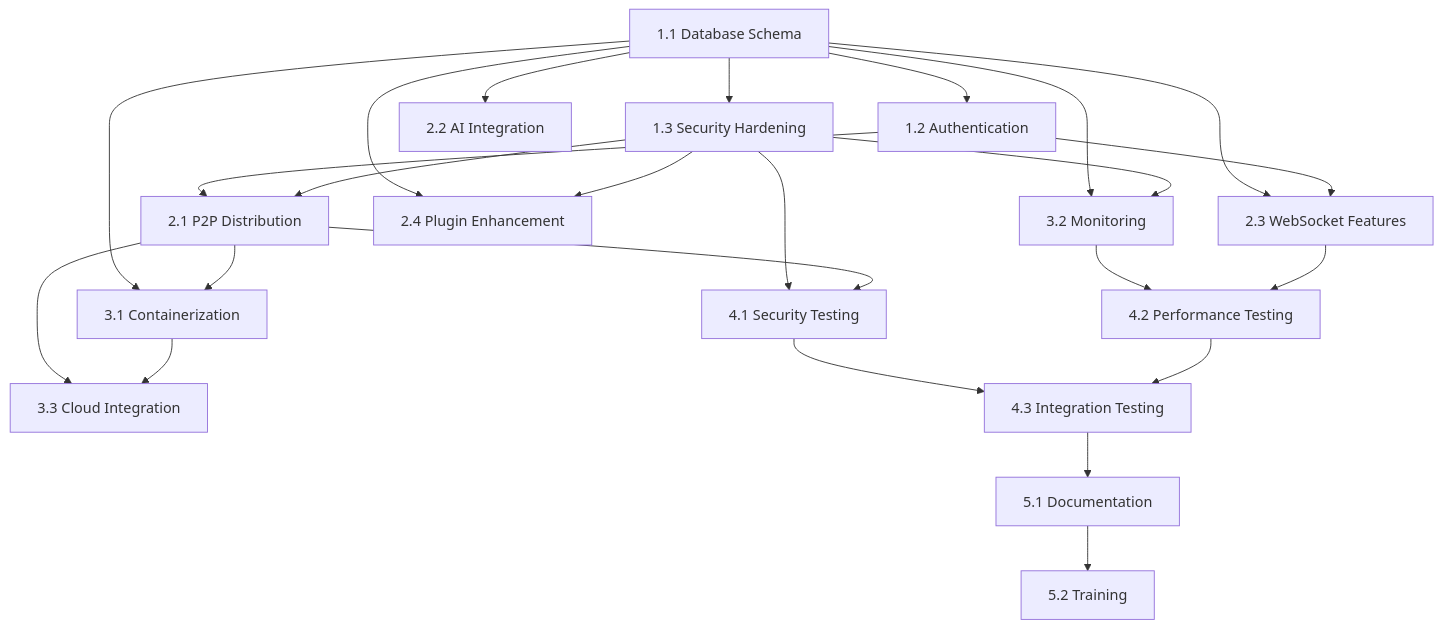
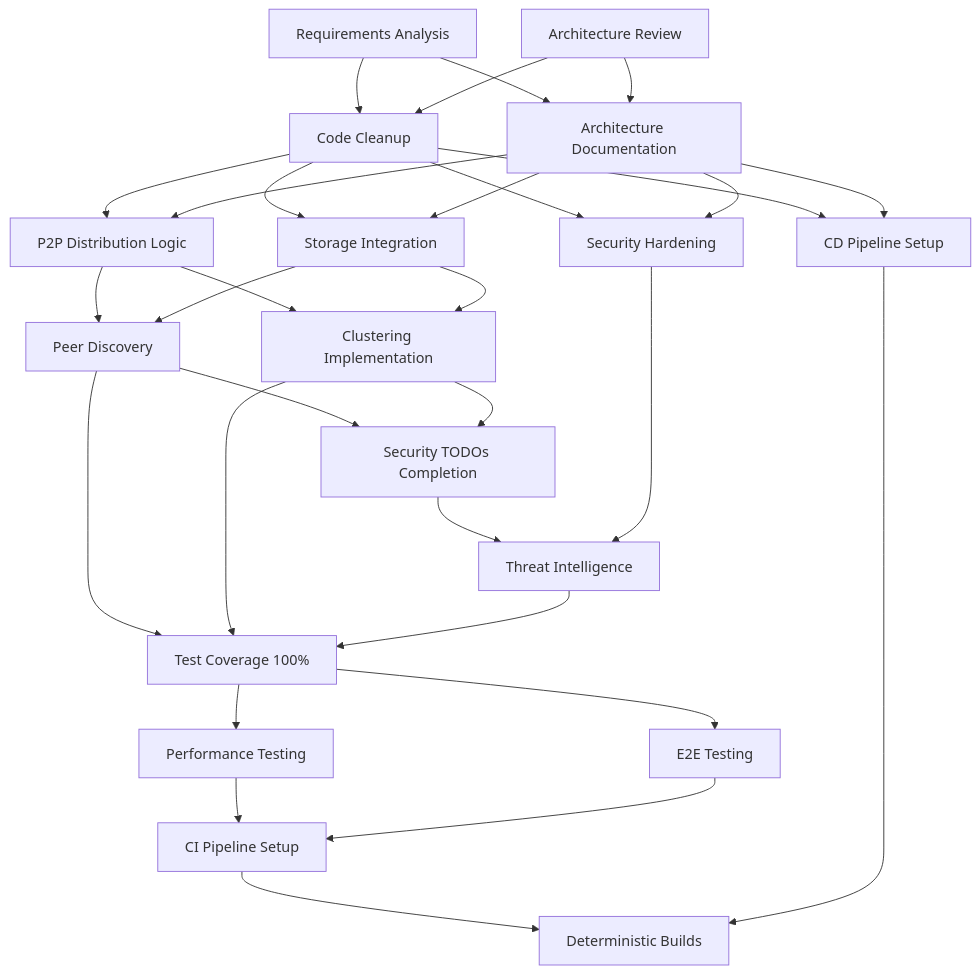
The diagram in docs/PLAN_task_graph.md (linux-of-user/plexichat), drawn with Mermaid before and after one commit. The commit also changed other lines of this file and 35 other files, not shown here.

````diff
--- a/docs/PLAN_task_graph.md
+++ b/docs/PLAN_task_graph.md
@@ -376,26 +22,39 @@
 ```mermaid
 graph TD
-    A[1.1 Database Schema] --> B[1.2 Authentication]
-    A --> C[1.3 Security Hardening]
-    B --> D[2.1 P2P Distribution]
-    C --> D
-    A --> E[2.2 AI Integration]
-    A --> F[2.3 WebSocket Features]
-    B --> F
-    A --> G[2.4 Plugin Enhancement]
-    C --> G
-    A --> H[3.1 Containerization]
-    D --> H
-    A --> I[3.2 Monitoring]
-    C --> I
-    D --> J[3.3 Cloud Integration]
-    H --> J
-    C --> K[4.1 Security Testing]
-    D --> K
-    I --> L[4.2 Performance Testing]
-    F --> L
-    K --> M[4.3 Integration Testing]
-    L --> M
-    M --> N[5.1 Documentation]
-    N --> O[5.2 Training]
+    A1[Requirements Analysis] --> B1[Code Cleanup]
+    A1 --> B2[Architecture Documentation]
+    A2[Architecture Review] --> B1
+    A2 --> B2
+    
+    B1 --> X1[P2P Distribution Logic]
+    B1 --> X2[Storage Integration]
+    B2 --> X1
+    B2 --> X2
+    
+    X1 --> X3[Peer Discovery]
+    X2 --> X3
+    X1 --> X4[Clustering Implementation]
+    X2 --> X4
+    
+    X3 --> C1[Security TODOs Completion]
+    X4 --> C1
+    B1 --> C2[Security Hardening]
+    B2 --> C2
+    
+    C1 --> C3[Threat Intelligence]
+    C2 --> C3
+    
+    X3 --> F1[Test Coverage 100%]
+    X4 --> F1
+    C3 --> F1
+    F1 --> F2[E2E Testing]
+    F1 --> F3[Performance Testing]
+    
+    F3 --> G1[CI Pipeline Setup]
+    F2 --> G1
+    B1 --> G2[CD Pipeline Setup]
+    B2 --> G2
+    
+    G1 --> G3[Deterministic Builds]
+    G2 --> G3
 ```
````
